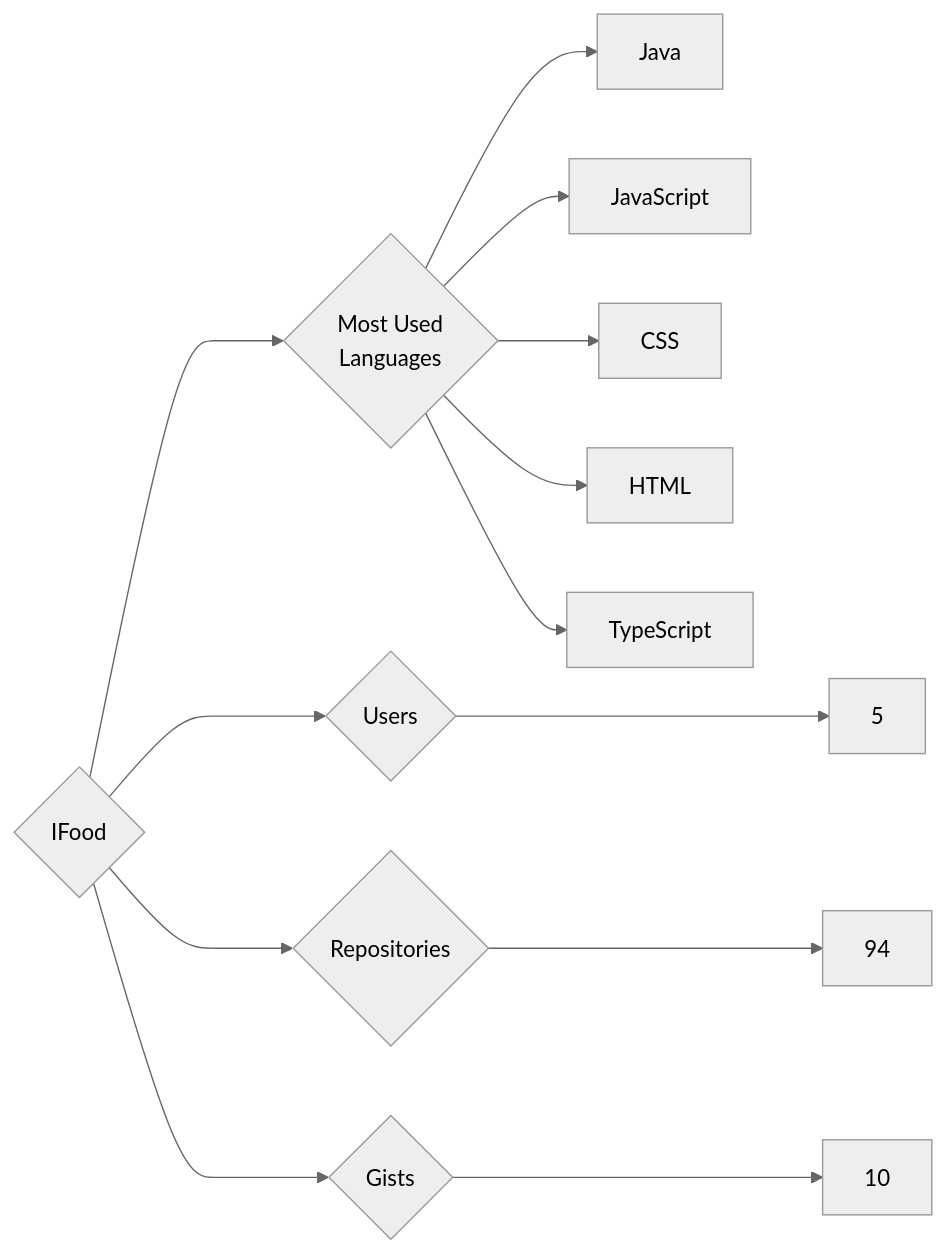
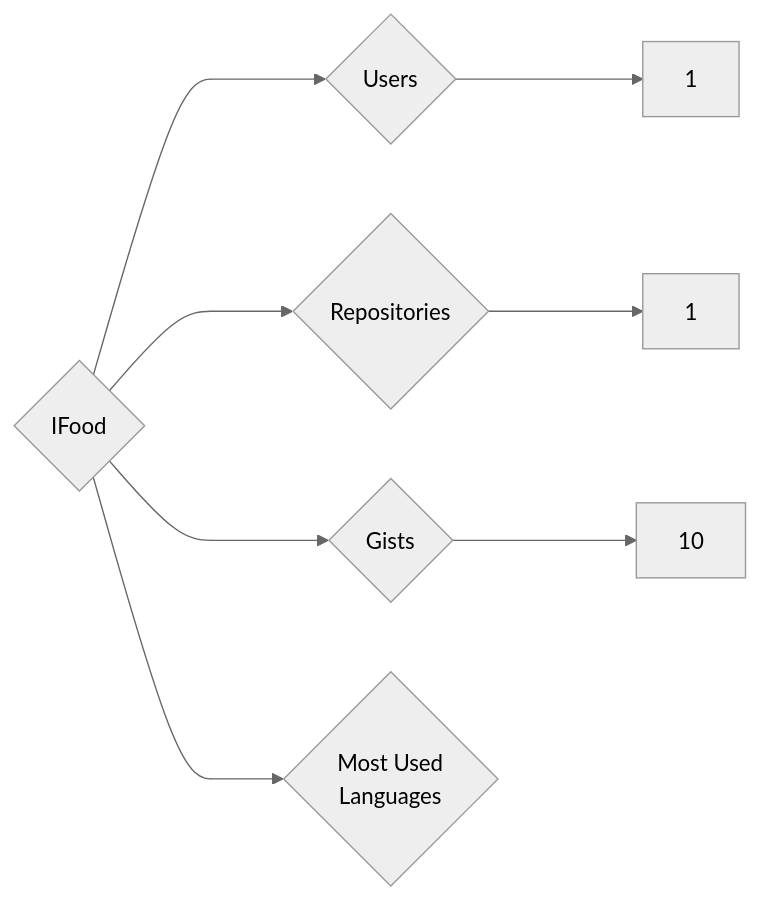
Before and after one commit to trickest/insiders: the diagram in targets/IFood/README.md, drawn with Mermaid (neutral theme). The commit also changed 559 other files, not shown here.

````diff
--- a/targets/IFood/README.md
+++ b/targets/IFood/README.md
@@ -3,13 +3,8 @@
 ```mermaid
 graph LR
 COMPANY_NAME{IFood}
-COMPANY_NAME ---> U{Users} ---> UN[5]
-COMPANY_NAME ---> R{Repositories} ---> RN[94]
+COMPANY_NAME ---> U{Users} ---> UN[1]
+COMPANY_NAME ---> R{Repositories} ---> RN[1]
 COMPANY_NAME ---> G{Gists} ---> GN[10]
 COMPANY_NAME ---> ML{Most Used<br>Languages}
-ML --> Java[Java]
-ML --> JavaScript[JavaScript]
-ML --> CSS[CSS]
-ML --> HTML[HTML]
-ML --> TypeScript[TypeScript]
 ```
````
